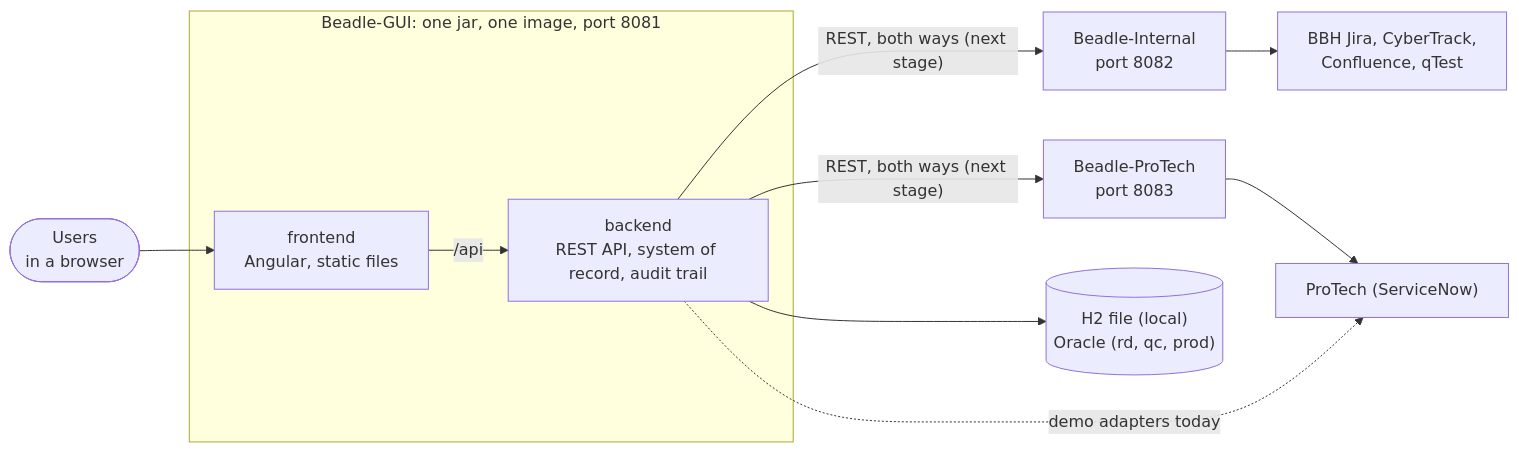
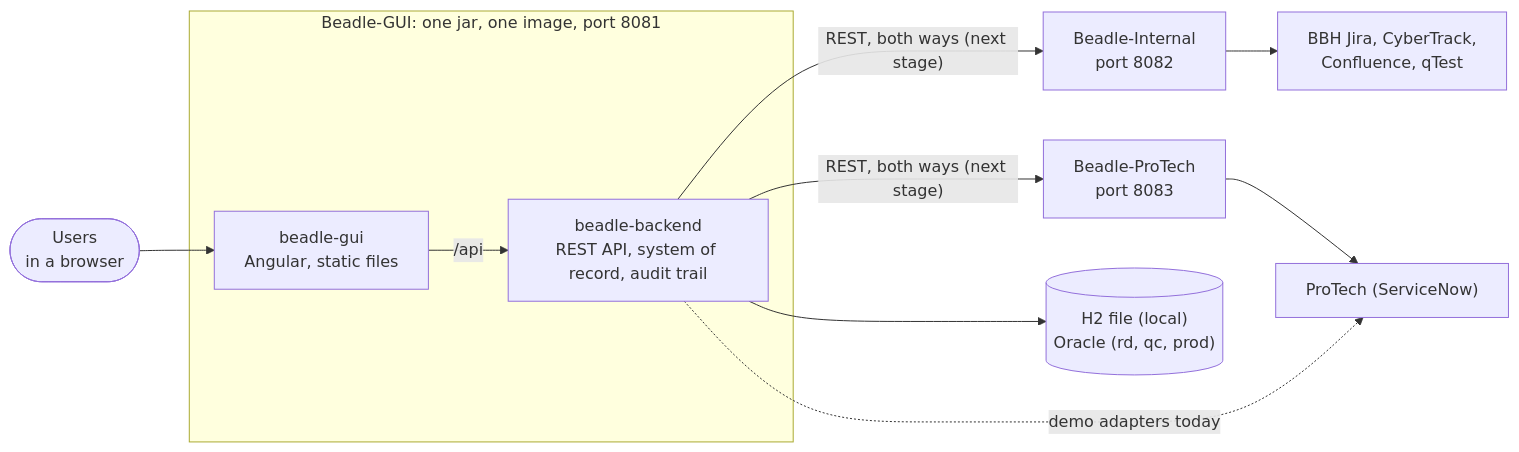
Before and after one commit to mateuszmatan/Beadle-GUI: the first of 3 diagrams in README.md, drawn with Mermaid. The commit also changed other lines of this file and 508 other files, not shown here.

First line of the commit message:
Name the modules beadle-gui and beadle-backend and remove what was left of DSO

````diff
--- a/README.md
+++ b/README.md
@@ -631,21 +631,21 @@
 ```mermaid
 flowchart LR
     users(["Users<br/>in a browser"])
-    subgraph gui["Beadle-GUI: one jar, one image, port 8081"]
-        frontend["frontend<br/>Angular, static files"]
-        backend["backend<br/>REST API, system of record, audit trail"]
-        frontend -- "/api" --> backend
+    subgraph app["Beadle-GUI: one jar, one image, port 8081"]
+        gui["beadle-gui<br/>Angular, static files"]
+        service["beadle-backend<br/>REST API, system of record, audit trail"]
+        gui -- "/api" --> service
     end
     internal["Beadle-Internal<br/>port 8082"]
     protechsvc["Beadle-ProTech<br/>port 8083"]
     db[("H2 file (local)<br/>Oracle (rd, qc, prod)")]
     systems["BBH Jira, CyberTrack,<br/>Confluence, qTest"]
     protech["ProTech (ServiceNow)"]
-    users --> frontend
-    backend --> db
-    backend -- "REST, both ways (next stage)" --> internal
-    backend -- "REST, both ways (next stage)" --> protechsvc
+    users --> gui
+    service --> db
+    service -- "REST, both ways (next stage)" --> internal
+    service -- "REST, both ways (next stage)" --> protechsvc
     internal --> systems
     protechsvc --> protech
-    backend -. "demo adapters today" .-> protech
+    service -. "demo adapters today" .-> protech
 ```
````
